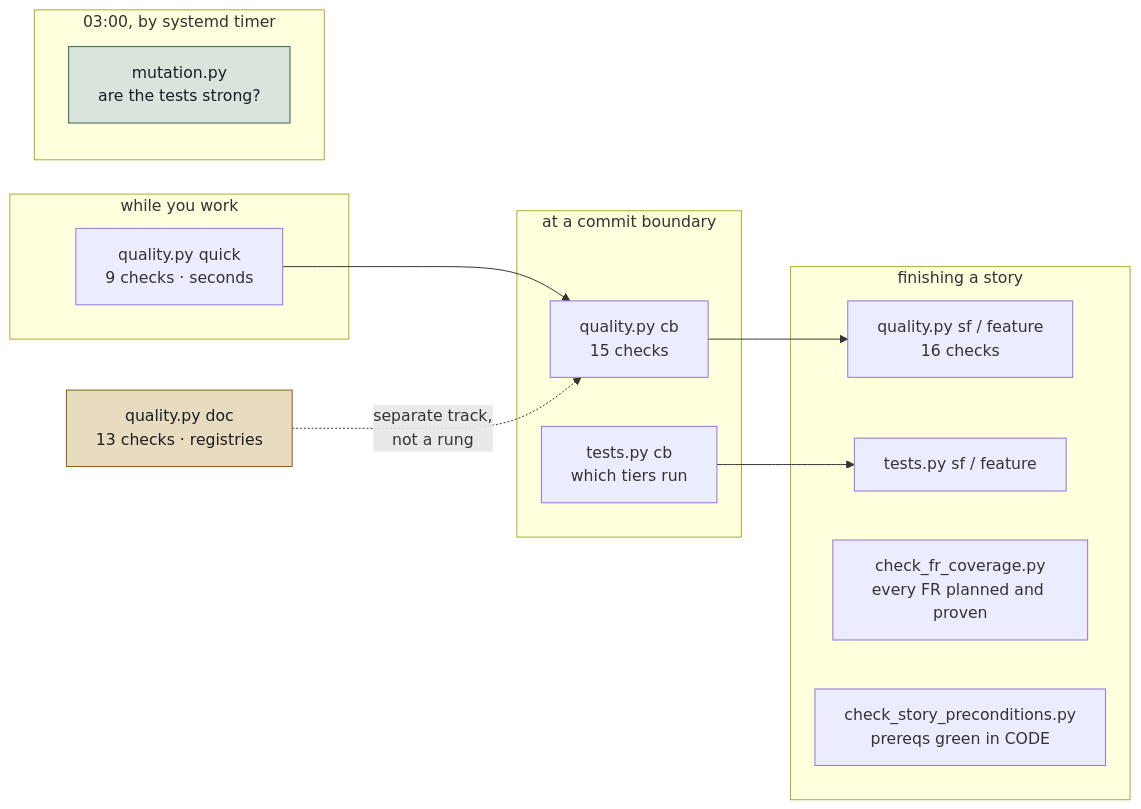
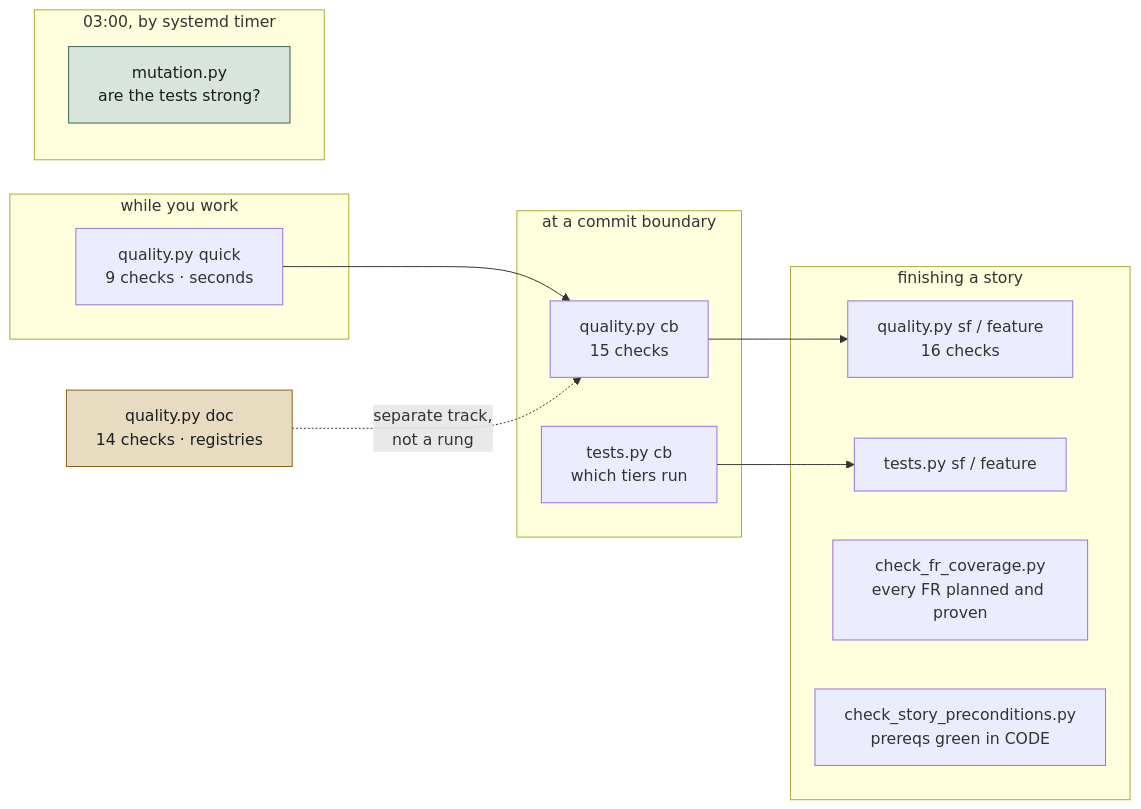
The diagram in docs/dev_guides/development_framework.md (sbula/specweaver), drawn with Mermaid before and after one commit. The commit also changed other lines of this file and 7 other files, not shown here.

````diff
--- a/docs/dev_guides/development_framework.md
+++ b/docs/dev_guides/development_framework.md
@@ -14,31 +13,31 @@
 ```mermaid
 graph LR
     subgraph WHILE["while you work"]
         Q1["quality.py quick<br/>9 checks · seconds"]
     end
 
     subgraph COMMIT["at a commit boundary"]
         Q2["quality.py cb<br/>15 checks"]
         T1["tests.py cb<br/>which tiers run"]
     end
 
     subgraph CLOSING["finishing a story"]
         Q3["quality.py sf / feature<br/>16 checks"]
         T2["tests.py sf / feature"]
         F["check_fr_coverage.py<br/>every FR planned and proven"]
         P["check_story_preconditions.py<br/>prereqs green in CODE"]
     end
 
     subgraph NIGHT["03:00, by systemd timer"]
         M["mutation.py<br/>are the tests strong?"]
     end
 
-    D["quality.py doc<br/>13 checks · registries"]
+    D["quality.py doc<br/>14 checks · registries"]
 
     Q1 --> Q2 --> Q3
     T1 --> T2
     D -.->|"separate track,<br/>not a rung"| Q2
 
     style D fill:#e8dcc0,stroke:#8a5d18,color:#1a1d21
     style M fill:#d9e4dd,stroke:#35604a,color:#1a1d21
 ```
````
